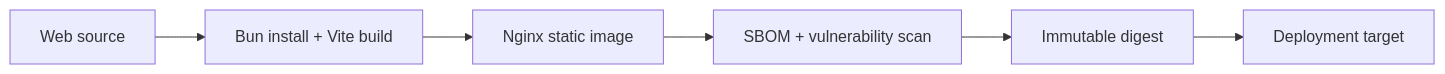
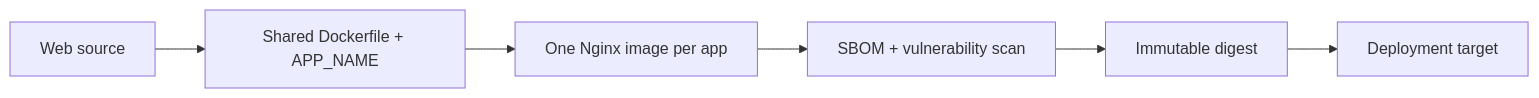
One commit to migangdelzar/emme-web changed the diagram in docs/architecture/04-delivery/container.md. Above: the diagram before and after it, drawn with Mermaid. The commit also changed other lines of this file and 99 other files, not shown here.

````diff
--- a/docs/architecture/04-delivery/container.md
+++ b/docs/architecture/04-delivery/container.md
@@ -11,8 +13,8 @@
 ```mermaid
 flowchart LR
-    Source["Web source"] --> Build["Bun install + Vite build"]
-    Build --> Image["Nginx static image"]
+    Source["Web source"] --> Build["Shared Dockerfile + APP_NAME"]
+    Build --> Image["One Nginx image per app"]
     Image --> Scan["SBOM + vulnerability scan"]
     Scan --> Digest["Immutable digest"]
     Digest --> Deploy["Deployment target"]
 ```
````
